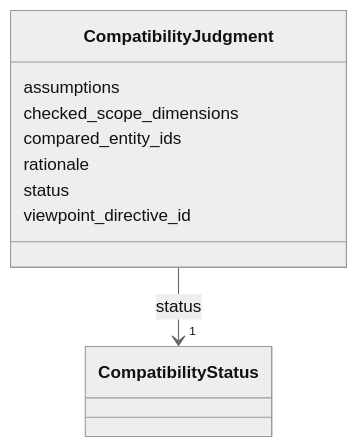
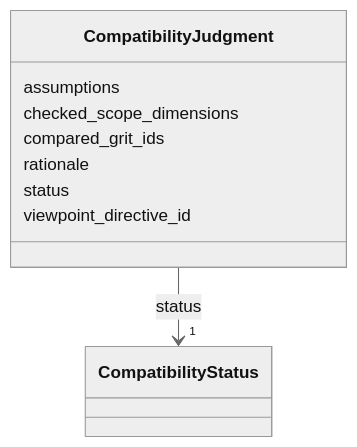
The diagram in docs/CompatibilityJudgment.md (phzwart/pygrits), drawn with Mermaid (neutral theme) before and after one commit. The commit also changed other lines of this file and 184 other files, not shown here.

````diff
--- a/docs/CompatibilityJudgment.md
+++ b/docs/CompatibilityJudgment.md
@@ -23,27 +23,27 @@
 ```mermaid
  classDiagram
     class CompatibilityJudgment
     click CompatibilityJudgment href "../CompatibilityJudgment/"
       CompatibilityJudgment : assumptions
         
       CompatibilityJudgment : checked_scope_dimensions
         
-      CompatibilityJudgment : compared_entity_ids
+      CompatibilityJudgment : compared_grit_ids
         
       CompatibilityJudgment : rationale
         
       CompatibilityJudgment : status
         
           
     
         
         
         CompatibilityJudgment --> "1" CompatibilityStatus : status
         click CompatibilityStatus href "../CompatibilityStatus/"
     
 
         
       CompatibilityJudgment : viewpoint_directive_id
         
       
 ```
````
